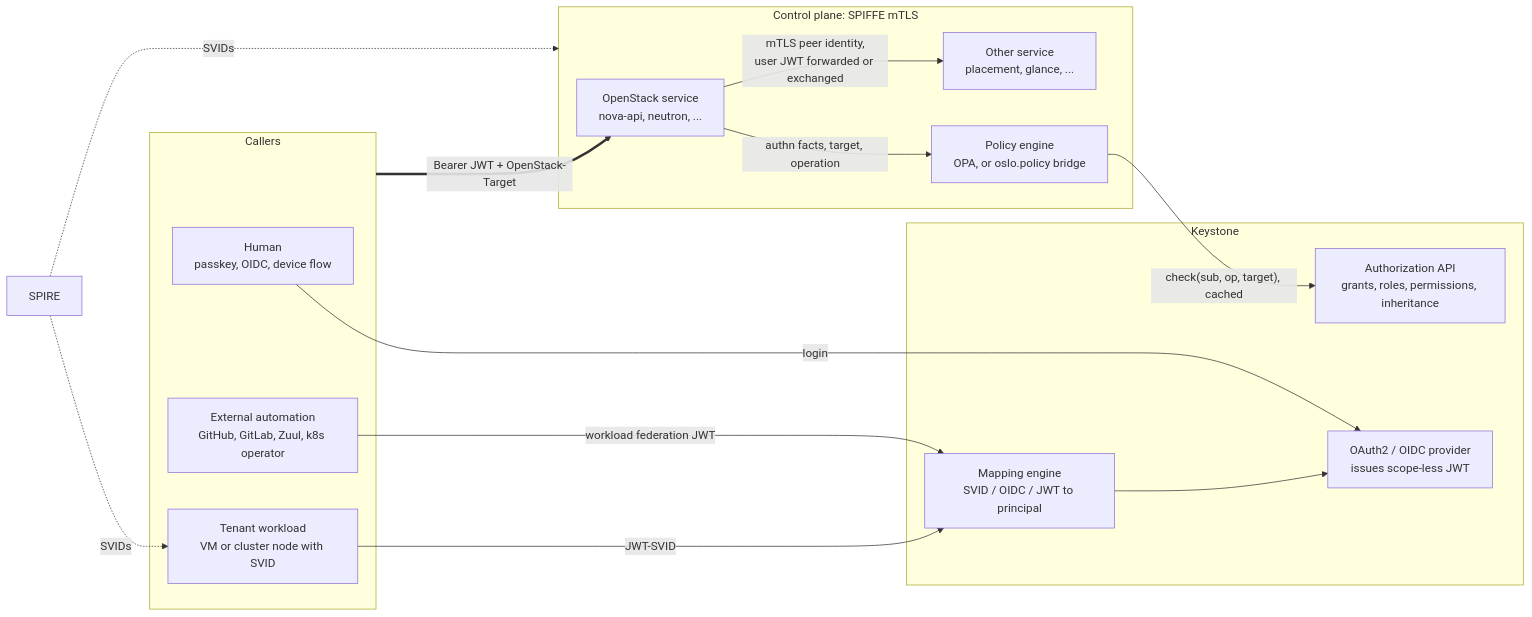
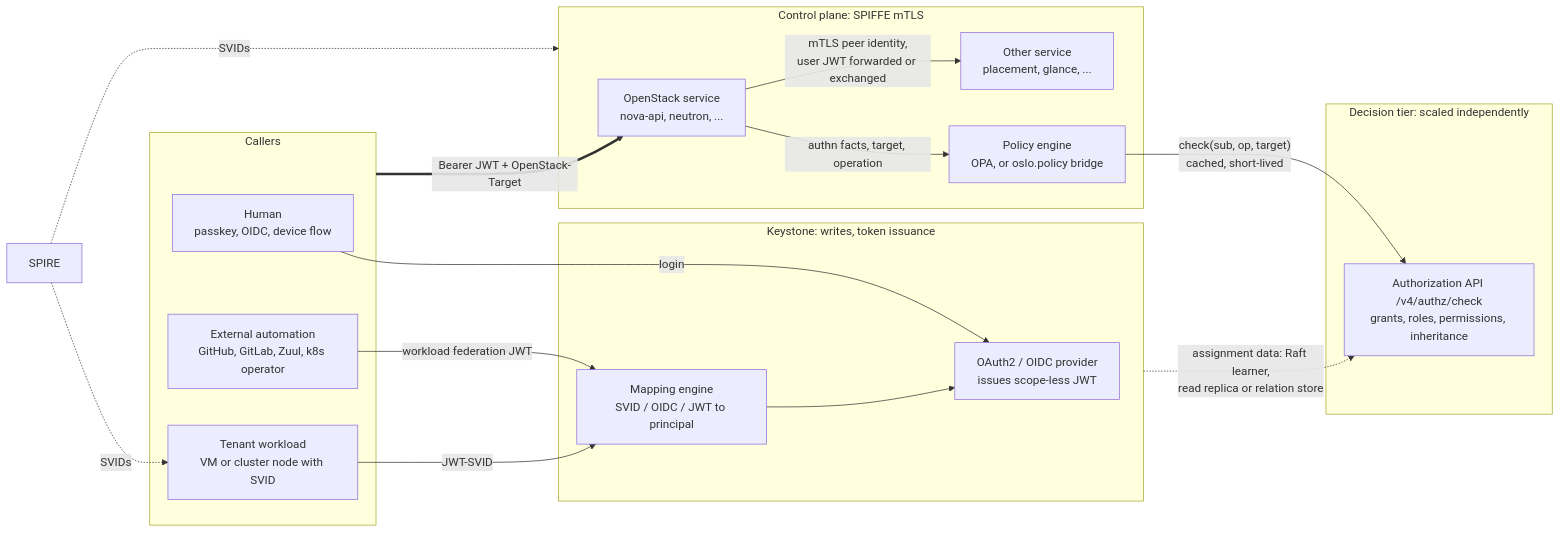
Before and after one commit to openstack-experimental/keystone: the first of 6 diagrams in doc/src/vision.md, drawn with Mermaid. The commit also changed other lines of this file, not shown here.

First line of the commit message:
docs(vision): Specify the authz decision path

````diff
--- a/doc/src/vision.md
+++ b/doc/src/vision.md
@@ -238,33 +248,37 @@
 ```mermaid
 flowchart LR
     subgraph callers["Callers"]
         human["Human<br/>passkey, OIDC, device flow"]
         ext["External automation<br/>GitHub, GitLab, Zuul, k8s operator"]
         vm["Tenant workload<br/>VM or cluster node with SVID"]
     end
 
-    subgraph ks["Keystone"]
+    subgraph ks["Keystone: writes, token issuance"]
         op["OAuth2 / OIDC provider<br/>issues scope-less JWT"]
         map["Mapping engine<br/>SVID / OIDC / JWT to principal"]
-        authz["Authorization API<br/>grants, roles, permissions, inheritance"]
+    end
+
+    subgraph dt["Decision tier: scaled independently"]
+        authz["Authorization API /v4/authz/check<br/>grants, roles, permissions, inheritance"]
     end
 
     subgraph cp["Control plane: SPIFFE mTLS"]
         svc["OpenStack service<br/>nova-api, neutron, ..."]
         pdp["Policy engine<br/>OPA, or oslo.policy bridge"]
         peer["Other service<br/>placement, glance, ..."]
     end
 
     spire["SPIRE"]
 
     human -->|"login"| op
     ext -->|"workload federation JWT"| map
     vm -->|"JWT-SVID"| map
     map --> op
     callers ==>|"Bearer JWT + OpenStack-Target"| svc
     svc -->|"authn facts, target, operation"| pdp
-    pdp -->|"check(sub, op, target), cached"| authz
+    pdp -->|"check(sub, op, target)<br/>cached, short-lived"| authz
+    ks -.->|"assignment data: Raft learner,<br/>read replica or relation store"| authz
     svc -->|"mTLS peer identity,<br/>user JWT forwarded or exchanged"| peer
     spire -.->|"SVIDs"| cp
     spire -.->|"SVIDs"| vm
 ```
````
